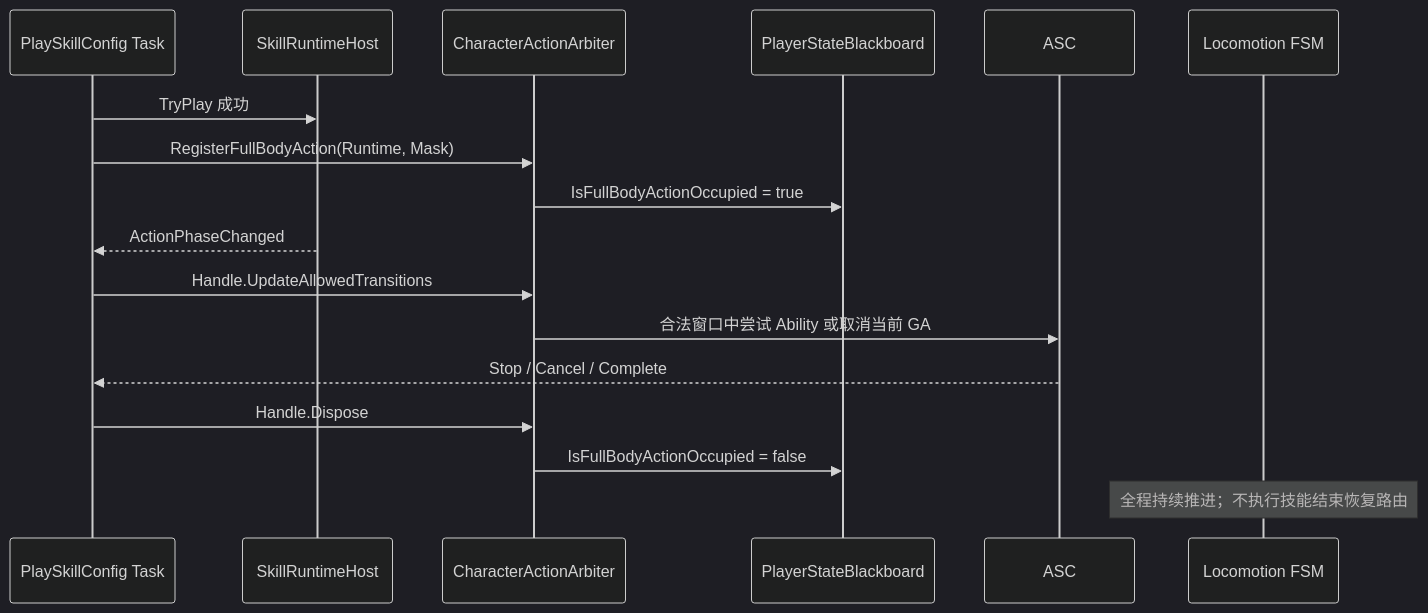
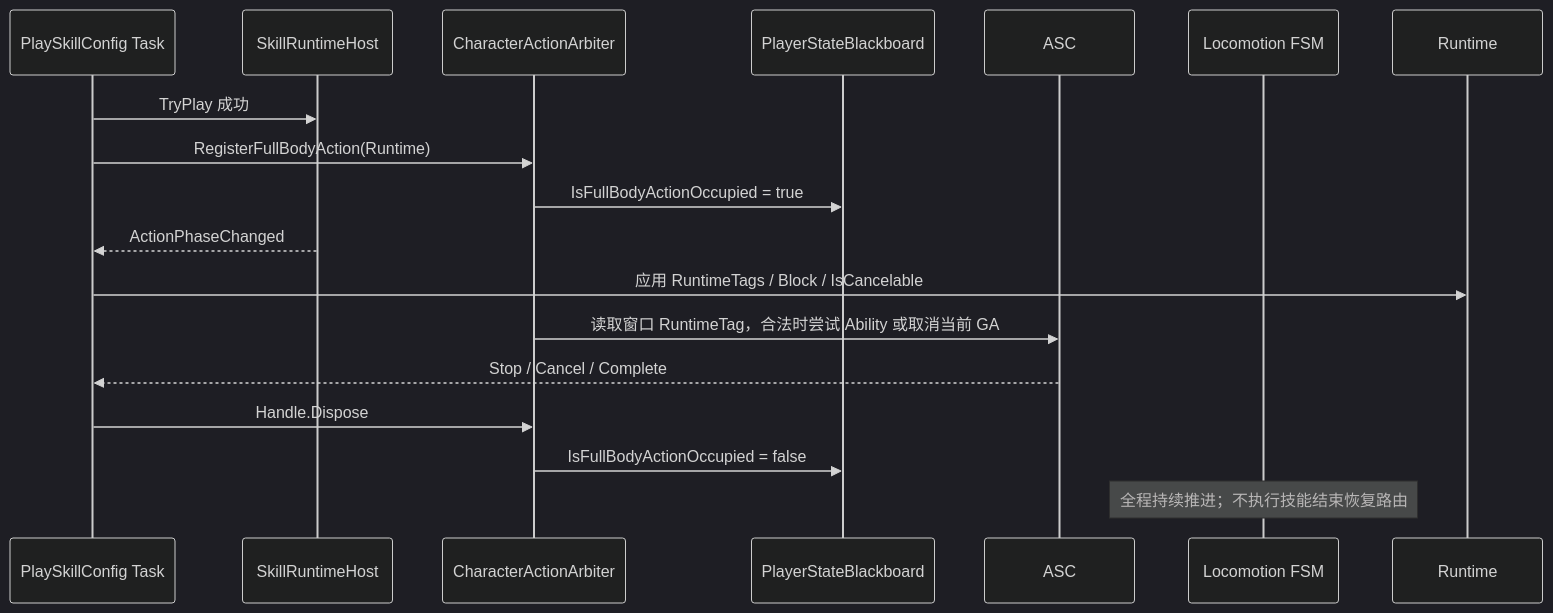
One commit to Whitesheeeep/3DRPG changed diagram 15 of 17 in Assets/GAS_Light/设计md/GameplayAbilityGameplay.md. Above: the diagram before and after it, drawn with Mermaid (dark theme). The commit also changed other lines of this file and 85 other files, not shown here.

````diff
--- a/Assets/GAS_Light/设计md/GameplayAbilityGameplay.md
+++ b/Assets/GAS_Light/设计md/GameplayAbilityGameplay.md
@@ -491,20 +491,20 @@
 ```mermaid
 sequenceDiagram
     participant Task as PlaySkillConfig Task
     participant Host as SkillRuntimeHost
     participant Action as CharacterActionArbiter
     participant BB as PlayerStateBlackboard
     participant ASC
     participant FSM as Locomotion FSM
 
     Task->>Host: TryPlay 成功
-    Task->>Action: RegisterFullBodyAction(Runtime, Mask)
+    Task->>Action: RegisterFullBodyAction(Runtime)
     Action->>BB: IsFullBodyActionOccupied = true
     Host-->>Task: ActionPhaseChanged
-    Task->>Action: Handle.UpdateAllowedTransitions
-    Action->>ASC: 合法窗口中尝试 Ability 或取消当前 GA
+    Task->>Runtime: 应用 RuntimeTags / Block / IsCancelable
+    Action->>ASC: 读取窗口 RuntimeTag，合法时尝试 Ability 或取消当前 GA
     ASC-->>Task: Stop / Cancel / Complete
     Task->>Action: Handle.Dispose
     Action->>BB: IsFullBodyActionOccupied = false
     Note over FSM: 全程持续推进；不执行技能结束恢复路由
 ```
````
